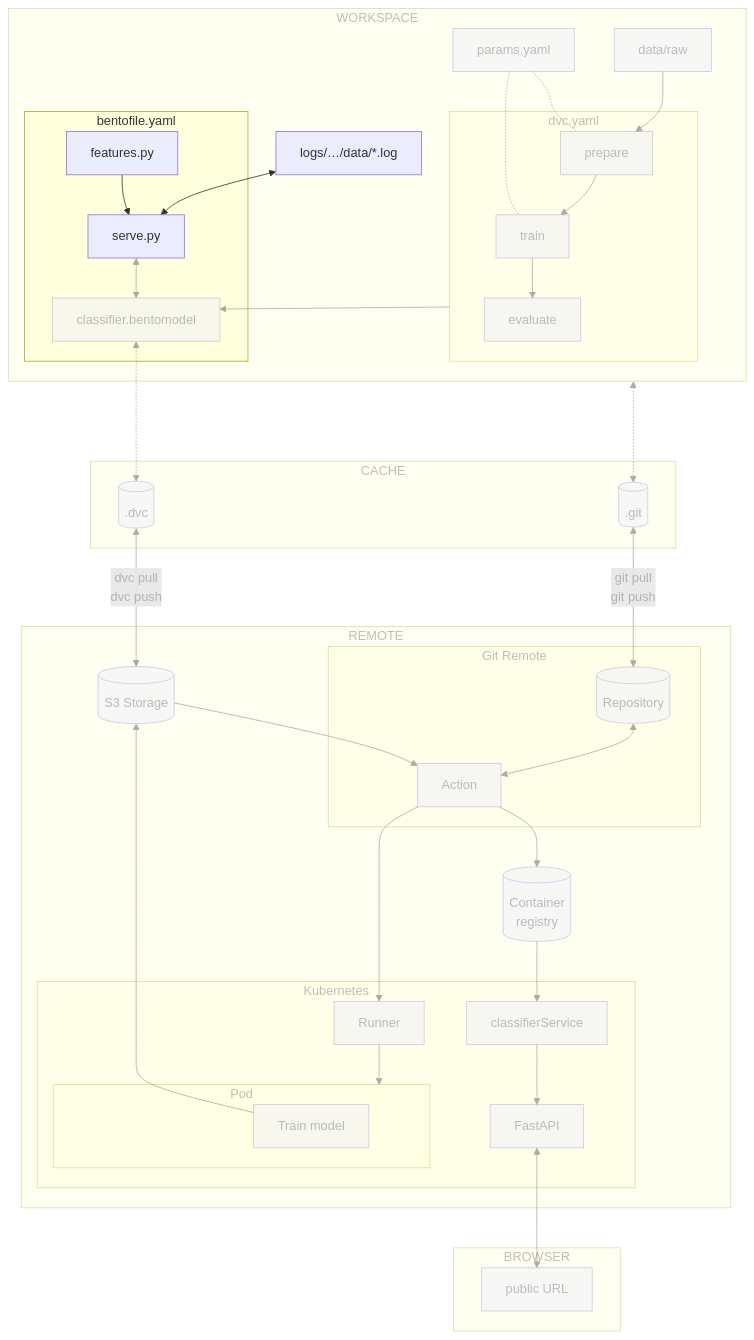
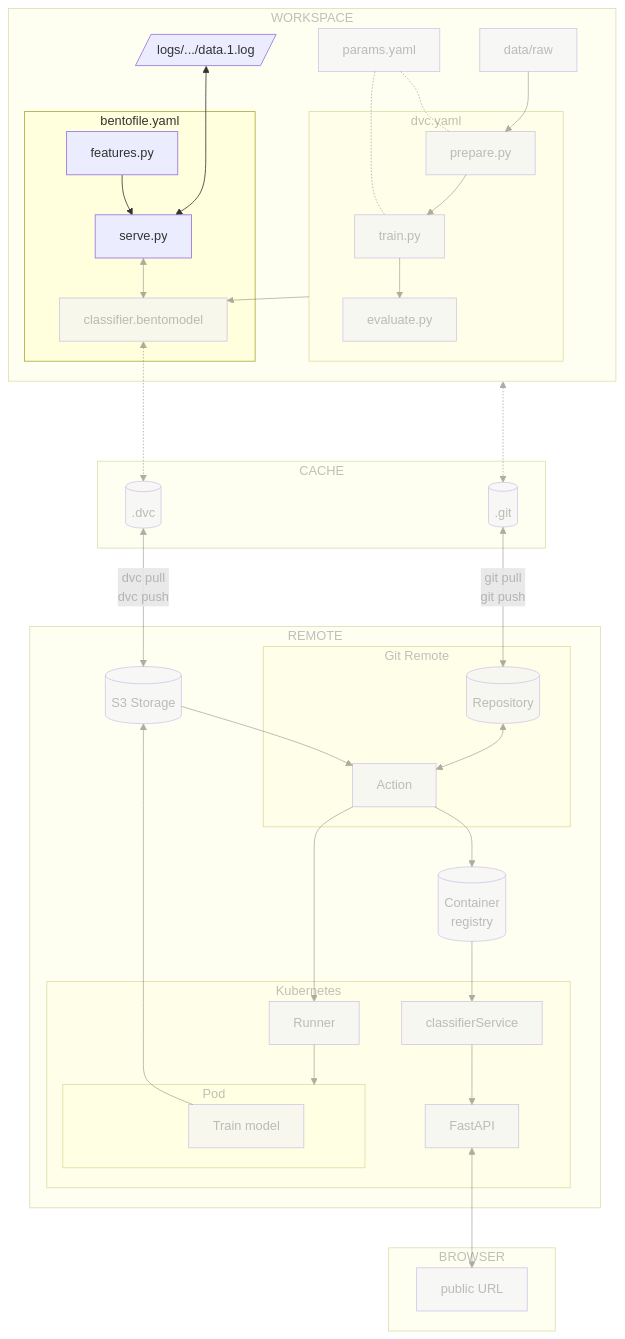
One commit to swiss-ai-center/a-guide-to-mlops changed the diagram in docs/part-4-monitor-and-maintain/chapter-41-log-predictions-and-features-locally.md. Above: the diagram before and after it, drawn with Mermaid. The commit also changed other lines of this file and 6 other files, not shown here.

```diff
--- a/docs/part-4-monitor-and-maintain/chapter-41-log-predictions-and-features-locally.md
+++ b/docs/part-4-monitor-and-maintain/chapter-41-log-predictions-and-features-locally.md
@@ -34,17 +34,17 @@
     end
 
     subgraph workspaceGraph[WORKSPACE]
-        drift_logs["logs/…/data/*.log"] <--> serve
+        drift_logs[/"logs/.../data.1.log"/] <---> serve
         subgraph bentoGraph[bentofile.yaml]
             serve[serve.py] <--> bento_model[classifier.bentomodel]
             features[features.py] --> serve
         end
         bento_model <-.-> dot_dvc
 
-        data --> prepare
+        data --> prepare[prepare.py]
         subgraph dvcGraph["dvc.yaml"]
-            prepare --> train
-            train --> evaluate
+            prepare --> train[train.py]
+            train --> evaluate[evaluate.py]
         end
         params -.- train
         params[params.yaml] -.- prepare
```
